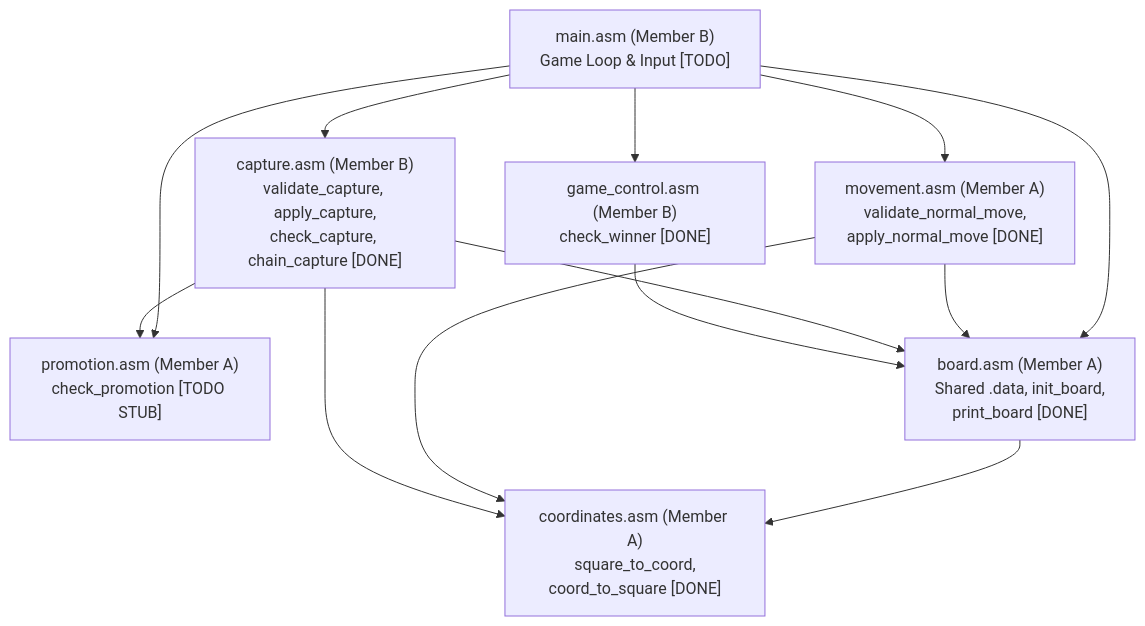
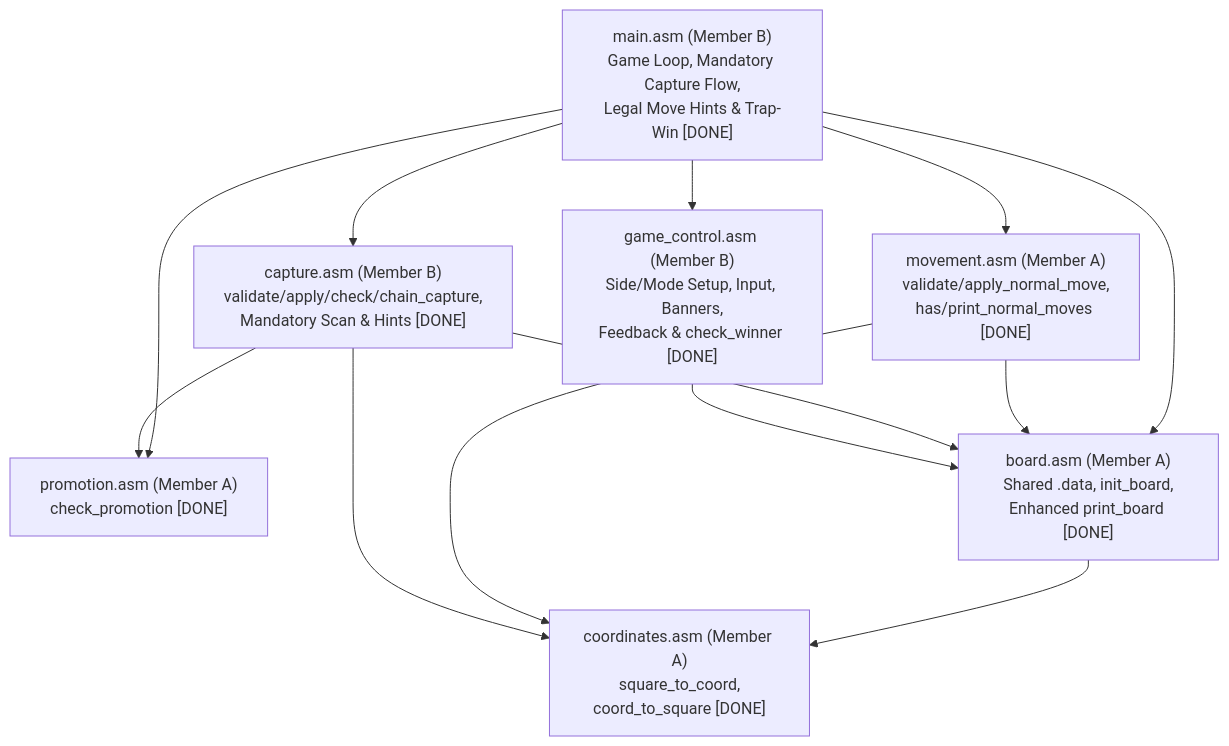
One commit to nguyentuanduc0806pt-cmyk/Computer-Architectual-Assignment changed the first of 2 diagrams in PROJECT_WALKTHROUGH.md. Above: the diagram before and after it, drawn with Mermaid. The commit also changed other lines of this file and 15 other files, not shown here.

Commit message:
Add board UI, side/mode selection, mandatory capture, move hints, trap-win, tests, and docs

````diff
--- a/PROJECT_WALKTHROUGH.md
+++ b/PROJECT_WALKTHROUGH.md
@@ -93,24 +96,24 @@
 ```mermaid
 flowchart TD
-    MAIN["main.asm (Member B)<br/>Game Loop & Input [TODO]"]
-    GC["game_control.asm (Member B)<br/>check_winner [DONE]"]
-    CAP["capture.asm (Member B)<br/>validate_capture, apply_capture,<br/>check_capture, chain_capture [DONE]"]
-    MOV["movement.asm (Member A)<br/>validate_normal_move,<br/>apply_normal_move [DONE]"]
-    PRO["promotion.asm (Member A)<br/>check_promotion [TODO STUB]"]
-    BRD["board.asm (Member A)<br/>Shared .data, init_board,<br/>print_board [DONE]"]
+    MAIN["main.asm (Member B)<br/>Game Loop, Mandatory Capture Flow,<br/>Legal Move Hints & Trap-Win [DONE]"]
+    GC["game_control.asm (Member B)<br/>Side/Mode Setup, Input, Banners,<br/>Feedback & check_winner [DONE]"]
+    CAP["capture.asm (Member B)<br/>validate/apply/check/chain_capture,<br/>Mandatory Scan & Hints [DONE]"]
+    MOV["movement.asm (Member A)<br/>validate/apply_normal_move,<br/>has/print_normal_moves [DONE]"]
+    PRO["promotion.asm (Member A)<br/>check_promotion [DONE]"]
+    BRD["board.asm (Member A)<br/>Shared .data, init_board,<br/>Enhanced print_board [DONE]"]
     CRD["coordinates.asm (Member A)<br/>square_to_coord,<br/>coord_to_square [DONE]"]
 
     MAIN --> BRD
     MAIN --> MOV
     MAIN --> CAP
     MAIN --> PRO
     MAIN --> GC
 
     BRD --> CRD
     MOV --> CRD
     MOV --> BRD
     CAP --> CRD
     CAP --> BRD
     CAP --> PRO
     GC --> BRD
 ```
````
